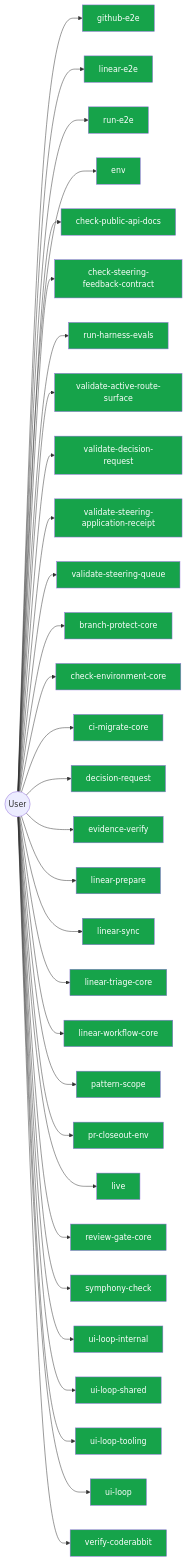
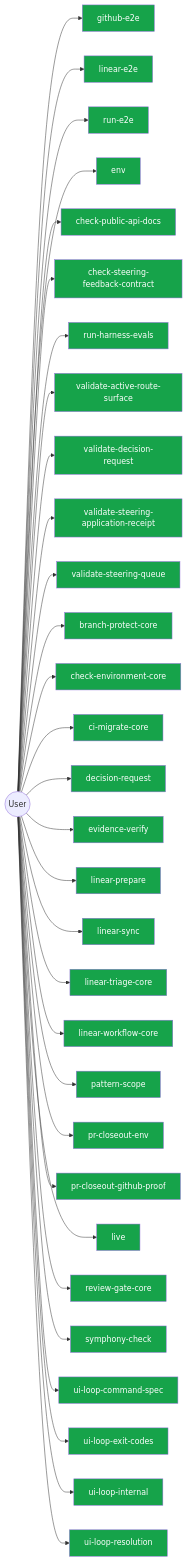
Before and after one commit to jscraik/coding-harness: diagram 14 of 14 in AI/context/diagram-context.md, drawn with Mermaid. The commit also changed other lines of this file and 116 other files, not shown here.

````diff
--- a/AI/context/diagram-context.md
+++ b/AI/context/diagram-context.md
@@ -1975,67 +2057,67 @@
 ```mermaid
 flowchart LR
   User(("User"))
   github_e2e_2891a341["github-e2e"]
   User --> github_e2e_2891a341
   linear_e2e_decf3708["linear-e2e"]
   User --> linear_e2e_decf3708
   run_e2e_39efe696["run-e2e"]
   User --> run_e2e_39efe696
   env_b77349bf["env"]
   User --> env_b77349bf
   check_public_api_docs_a9604f1b["check-public-api-docs"]
   User --> check_public_api_docs_a9604f1b
   check_steering_feedback_contract_80134459["check-steering-feedback-contract"]
   User --> check_steering_feedback_contract_80134459
   run_harness_evals_77704768["run-harness-evals"]
   User --> run_harness_evals_77704768
   validate_active_route_surface_905456c2["validate-active-route-surface"]
   User --> validate_active_route_surface_905456c2
   validate_decision_request_2e5c325e["validate-decision-request"]
   User --> validate_decision_request_2e5c325e
   validate_steering_application_receipt_c922e84a["validate-steering-application-receipt"]
   User --> validate_steering_application_receipt_c922e84a
   validate_steering_queue_4bc0cc94["validate-steering-queue"]
   User --> validate_steering_queue_4bc0cc94
   branch_protect_core_a8feb0fd["branch-protect-core"]
   User --> branch_protect_core_a8feb0fd
   check_environment_core_2c16213f["check-environment-core"]
   User --> check_environment_core_2c16213f
   ci_migrate_core_7005b5af["ci-migrate-core"]
   User --> ci_migrate_core_7005b5af
   decision_request_118a770d["decision-request"]
   User --> decision_request_118a770d
   evidence_verify_3b73c290["evidence-verify"]
   User --> evidence_verify_3b73c290
   linear_prepare_0c613ba6["linear-prepare"]
   User --> linear_prepare_0c613ba6
   linear_sync_a2fa2bf7["linear-sync"]
   User --> linear_sync_a2fa2bf7
   linear_triage_core_7cbca73e["linear-triage-core"]
   User --> linear_triage_core_7cbca73e
   linear_workflow_core_0e19cff4["linear-workflow-core"]
   User --> linear_workflow_core_0e19cff4
   pattern_scope_61ff946d["pattern-scope"]
   User --> pattern_scope_61ff946d
   pr_closeout_env_9bfcd9ef["pr-closeout-env"]
   User --> pr_closeout_env_9bfcd9ef
+  pr_closeout_github_proof_ade25b0e["pr-closeout-github-proof"]
+  User --> pr_closeout_github_proof_ade25b0e
   live_247610f4["live"]
   User --> live_247610f4
   review_gate_core_4c8001f9["review-gate-core"]
   User --> review_gate_core_4c8001f9
   symphony_check_e97f2ea0["symphony-check"]
   User --> symphony_check_e97f2ea0
+  ui_loop_command_spec_d513a999["ui-loop-command-spec"]
+  User --> ui_loop_command_spec_d513a999
+  ui_loop_exit_codes_29da40fb["ui-loop-exit-codes"]
+  User --> ui_loop_exit_codes_29da40fb
   ui_loop_internal_f2eb8892["ui-loop-internal"]
   User --> ui_loop_internal_f2eb8892
-  ui_loop_shared_8c83b841["ui-loop-shared"]
-  User --> ui_loop_shared_8c83b841
-  ui_loop_tooling_12b2d2c7["ui-loop-tooling"]
-  User --> ui_loop_tooling_12b2d2c7
-  ui_loop_11660889["ui-loop"]
-  User --> ui_loop_11660889
-  verify_coderabbit_490b4e71["verify-coderabbit"]
-  User --> verify_coderabbit_490b4e71
+  ui_loop_resolution_4b529dd9["ui-loop-resolution"]
+  User --> ui_loop_resolution_4b529dd9
   classDef userNode fill:#16a34a,color:#fff
-  class github_e2e_2891a341,linear_e2e_decf3708,run_e2e_39efe696,env_b77349bf,check_public_api_docs_a9604f1b,check_steering_feedback_contract_80134459,run_harness_evals_77704768,validate_active_route_surface_905456c2,validate_decision_request_2e5c325e,validate_steering_application_receipt_c922e84a,validate_steering_queue_4bc0cc94,branch_protect_core_a8feb0fd,check_environment_core_2c16213f,ci_migrate_core_7005b5af,decision_request_118a770d,evidence_verify_3b73c290,linear_prepare_0c613ba6,linear_sync_a2fa2bf7,linear_triage_core_7cbca73e,linear_workflow_core_0e19cff4,pattern_scope_61ff946d,pr_closeout_env_9bfcd9ef,live_247610f4,review_gate_core_4c8001f9,symphony_check_e97f2ea0,ui_loop_internal_f2eb8892,ui_loop_shared_8c83b841,ui_loop_tooling_12b2d2c7,ui_loop_11660889,verify_coderabbit_490b4e71 userNode
+  class github_e2e_2891a341,linear_e2e_decf3708,run_e2e_39efe696,env_b77349bf,check_public_api_docs_a9604f1b,check_steering_feedback_contract_80134459,run_harness_evals_77704768,validate_active_route_surface_905456c2,validate_decision_request_2e5c325e,validate_steering_application_receipt_c922e84a,validate_steering_queue_4bc0cc94,branch_protect_core_a8feb0fd,check_environment_core_2c16213f,ci_migrate_core_7005b5af,decision_request_118a770d,evidence_verify_3b73c290,linear_prepare_0c613ba6,linear_sync_a2fa2bf7,linear_triage_core_7cbca73e,linear_workflow_core_0e19cff4,pattern_scope_61ff946d,pr_closeout_env_9bfcd9ef,pr_closeout_github_proof_ade25b0e,live_247610f4,review_gate_core_4c8001f9,symphony_check_e97f2ea0,ui_loop_command_spec_d513a999,ui_loop_exit_codes_29da40fb,ui_loop_internal_f2eb8892,ui_loop_resolution_4b529dd9 userNode
 
 ```
````
